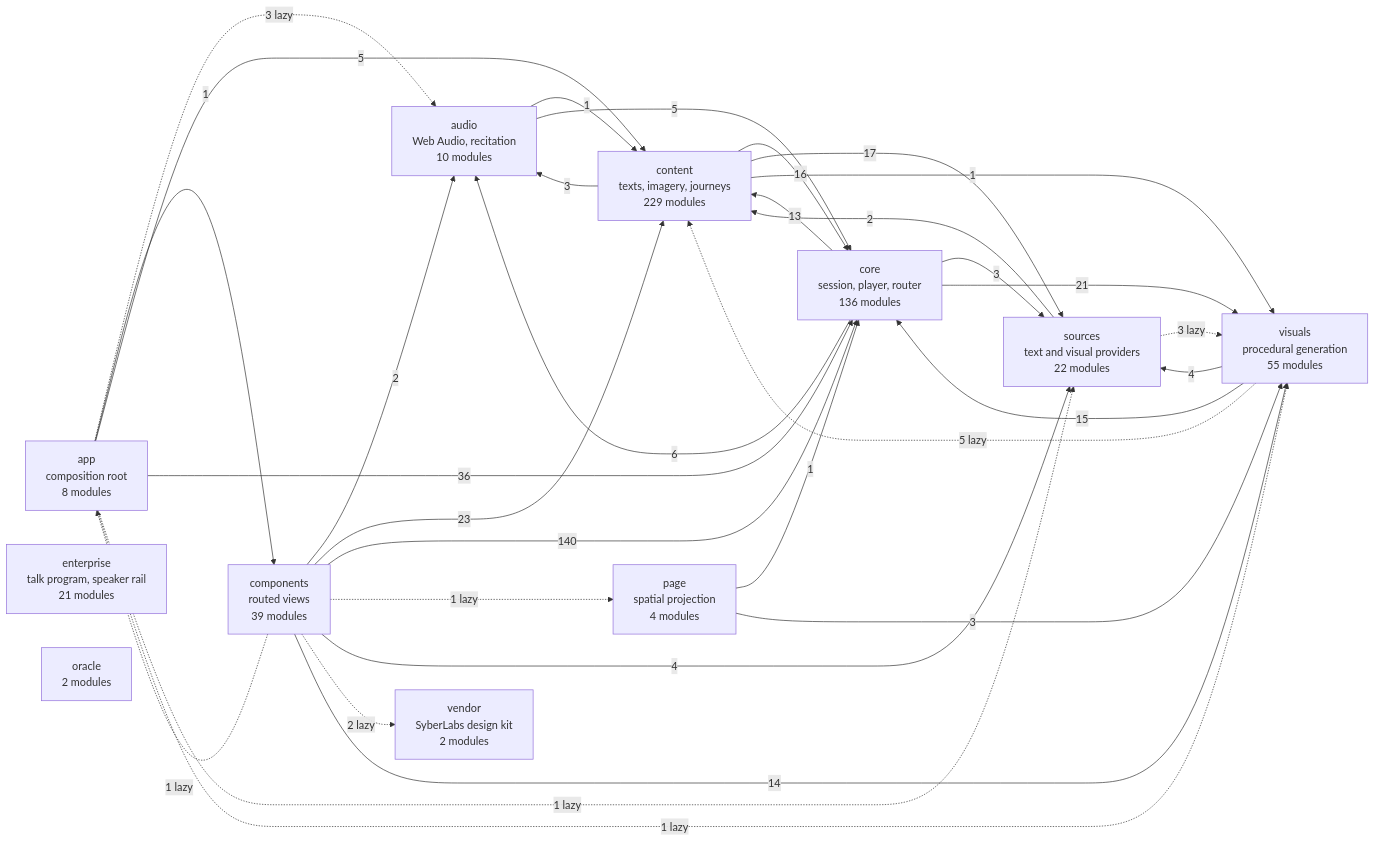
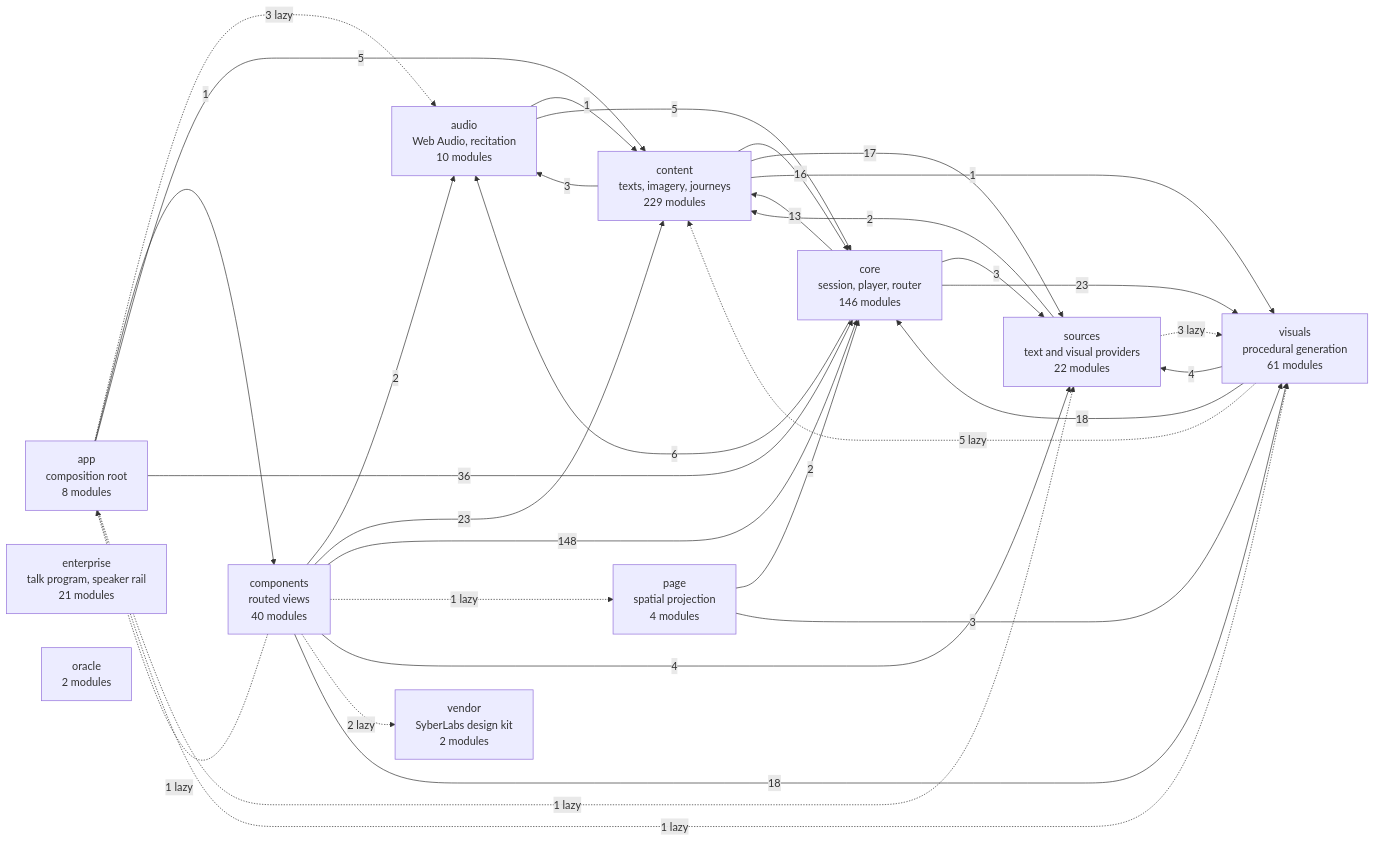
Before and after one commit to SyberLabs/RISE: the diagram in docs/specs/ARCHITECTURE.md, drawn with Mermaid. The commit also changed other lines of this file and 67 other files, not shown here.

````diff
--- a/docs/specs/ARCHITECTURE.md
+++ b/docs/specs/ARCHITECTURE.md
@@ -160,46 +160,46 @@
 ```mermaid
 flowchart LR
     app["app<br/>composition root<br/>8 modules"]
     audio["audio<br/>Web Audio, recitation<br/>10 modules"]
-    components["components<br/>routed views<br/>39 modules"]
+    components["components<br/>routed views<br/>40 modules"]
     content["content<br/>texts, imagery, journeys<br/>229 modules"]
-    core["core<br/>session, player, router<br/>136 modules"]
+    core["core<br/>session, player, router<br/>146 modules"]
     enterprise["enterprise<br/>talk program, speaker rail<br/>21 modules"]
     oracle["oracle<br/>2 modules"]
     page["page<br/>spatial projection<br/>4 modules"]
     sources["sources<br/>text and visual providers<br/>22 modules"]
     vendor["vendor<br/>SyberLabs design kit<br/>2 modules"]
-    visuals["visuals<br/>procedural generation<br/>55 modules"]
+    visuals["visuals<br/>procedural generation<br/>61 modules"]
 
     app -.-> |3 lazy| audio
     app --> |1| components
     app --> |5| content
     app --> |36| core
     app -.-> |1 lazy| sources
     app -.-> |1 lazy| visuals
     audio --> |1| content
     audio --> |5| core
     components -.-> |1 lazy| app
     components --> |2| audio
     components --> |23| content
-    components --> |140| core
+    components --> |148| core
     components -.-> |1 lazy| page
     components --> |4| sources
     components -.-> |2 lazy| vendor
-    components --> |14| visuals
+    components --> |18| visuals
     content --> |3| audio
     content --> |16| core
     content --> |17| sources
     content --> |1| visuals
     core --> |6| audio
     core --> |13| content
     core --> |3| sources
-    core --> |21| visuals
-    page --> |1| core
+    core --> |23| visuals
+    page --> |2| core
     page --> |3| visuals
     sources --> |2| content
     sources -.-> |3 lazy| visuals
     visuals -.-> |5 lazy| content
-    visuals --> |15| core
+    visuals --> |18| core
     visuals --> |4| sources
 ```
````
